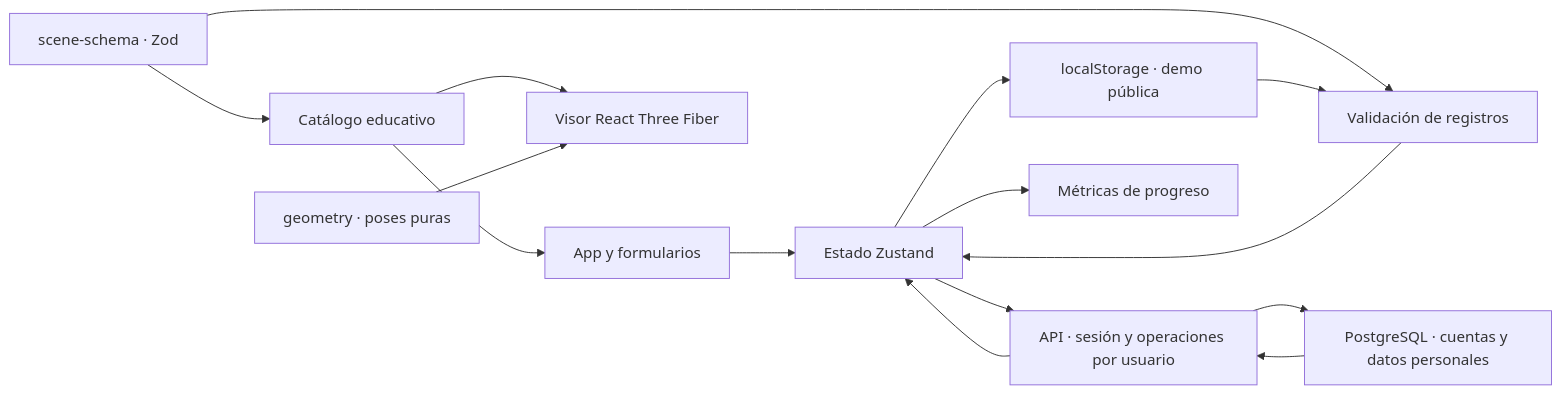
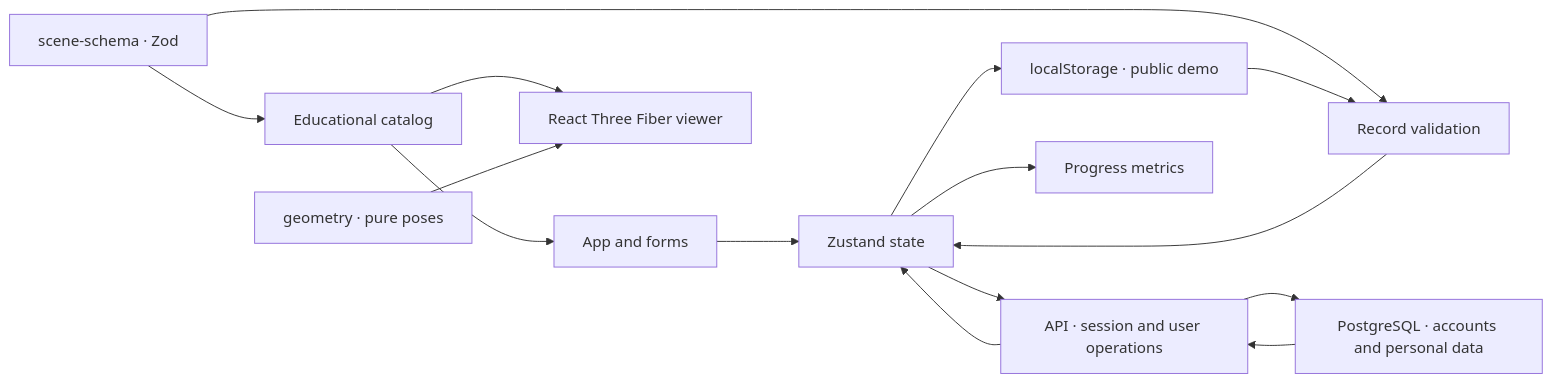
The second of 2 diagrams in docs/architecture.md (pablitxn/klisteniapp), drawn with Mermaid before and after one commit. The commit also changed other lines of this file and 30 other files, not shown here.

````diff
--- a/docs/architecture.md
+++ b/docs/architecture.md
@@ -105,17 +148,17 @@
 ```mermaid
 flowchart LR
-  S[scene-schema · Zod] --> D[Catálogo educativo]
-  S --> P[Validación de registros]
-  D --> A[App y formularios]
-  A --> Z[Estado Zustand]
-  Z --> L[localStorage · demo pública]
+  S[scene-schema · Zod] --> D[Educational catalog]
+  S --> P[Record validation]
+  D --> A[App and forms]
+  A --> Z[Zustand state]
+  Z --> L[localStorage · public demo]
   L --> P
   P --> Z
-  Z --> API[API · sesión y operaciones por usuario]
-  API --> DB[PostgreSQL · cuentas y datos personales]
+  Z --> API[API · session and user operations]
+  API --> DB[PostgreSQL · accounts and personal data]
   DB --> API
   API --> Z
-  Z --> M[Métricas de progreso]
-  D --> V[Visor React Three Fiber]
-  G[geometry · poses puras] --> V
+  Z --> M[Progress metrics]
+  D --> V[React Three Fiber viewer]
+  G[geometry · pure poses] --> V
 ```
````
